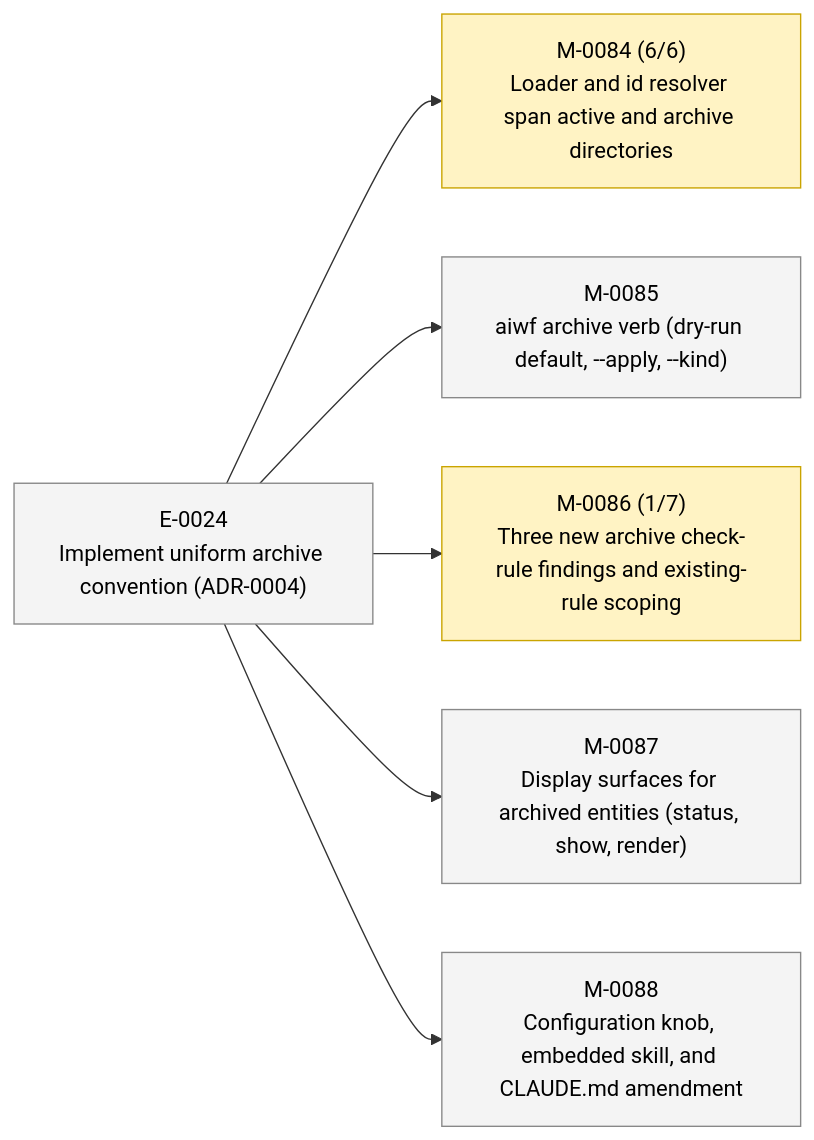
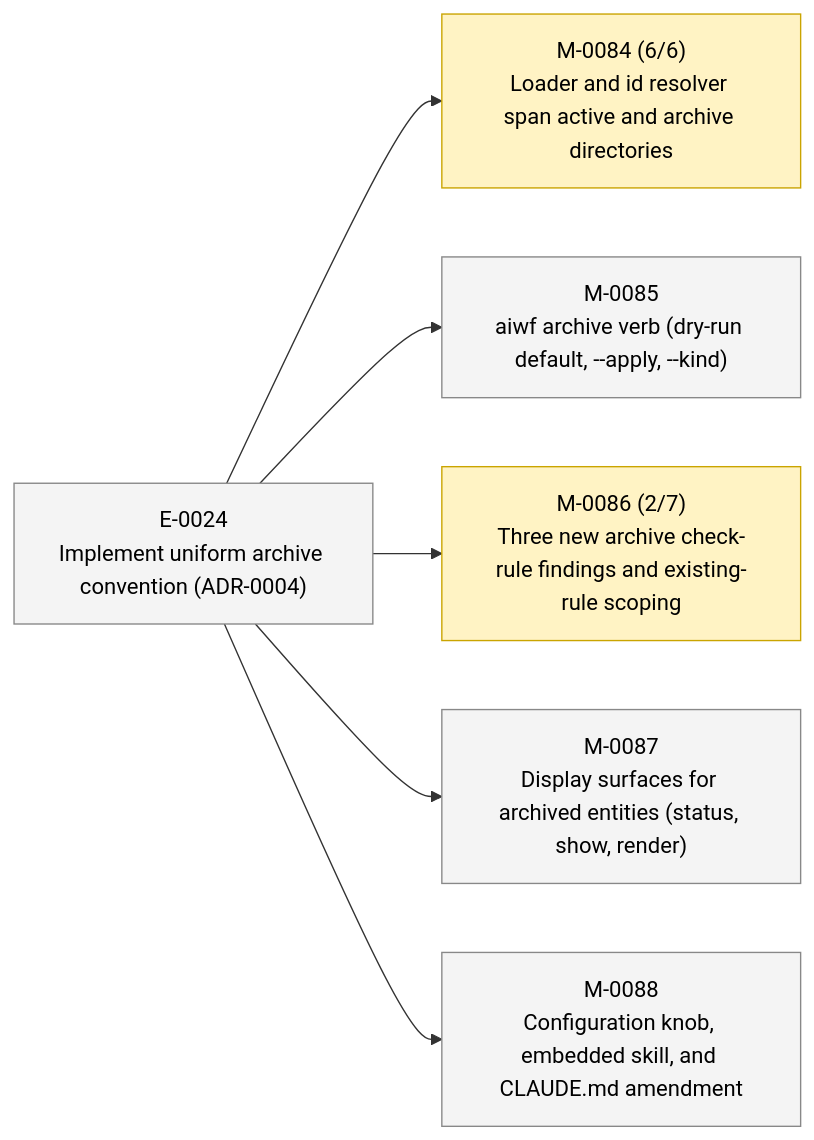
The second of 2 diagrams in STATUS.md (23min/aiwf), drawn with Mermaid before and after one commit. The commit also changed other lines of this file and 1 other file, not shown here.

````diff
--- a/STATUS.md
+++ b/STATUS.md
@@ -49,20 +49,20 @@
 ```mermaid
 flowchart LR
   E_0024["E-0024<br/>Implement uniform archive convention (ADR-0004)"]:::epic_proposed
   M_0084["M-0084 (6/6)<br/>Loader and id resolver span active and archive directories"]:::ms_in_progress
   E_0024 --> M_0084
   M_0085["M-0085<br/>aiwf archive verb (dry-run default, --apply, --kind)"]:::ms_draft
   E_0024 --> M_0085
-  M_0086["M-0086 (1/7)<br/>Three new archive check-rule findings and existing-rule scoping"]:::ms_in_progress
+  M_0086["M-0086 (2/7)<br/>Three new archive check-rule findings and existing-rule scoping"]:::ms_in_progress
   E_0024 --> M_0086
   M_0087["M-0087<br/>Display surfaces for archived entities (status, show, render)"]:::ms_draft
   E_0024 --> M_0087
   M_0088["M-0088<br/>Configuration knob, embedded skill, and CLAUDE.md amendment"]:::ms_draft
   E_0024 --> M_0088
   classDef epic_active fill:#d6eaff,stroke:#1a73e8,color:#000
   classDef epic_proposed fill:#f4f4f4,stroke:#888,color:#000
   classDef ms_done fill:#d8f5d8,stroke:#2a8a2a,color:#000
   classDef ms_in_progress fill:#fff3c4,stroke:#caa400,color:#000
   classDef ms_draft fill:#f4f4f4,stroke:#888,color:#000
   classDef ms_cancelled fill:#fbeaea,stroke:#c33,color:#000
 ```
````
